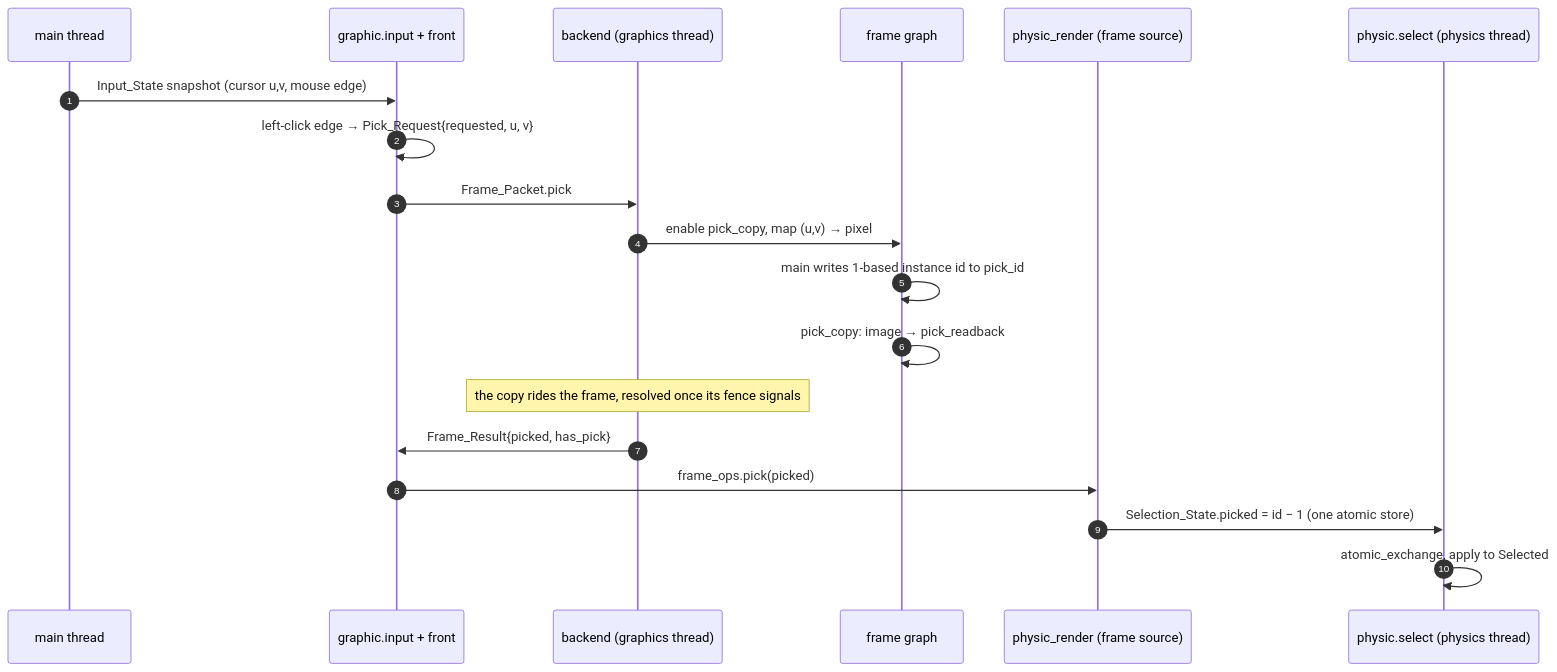
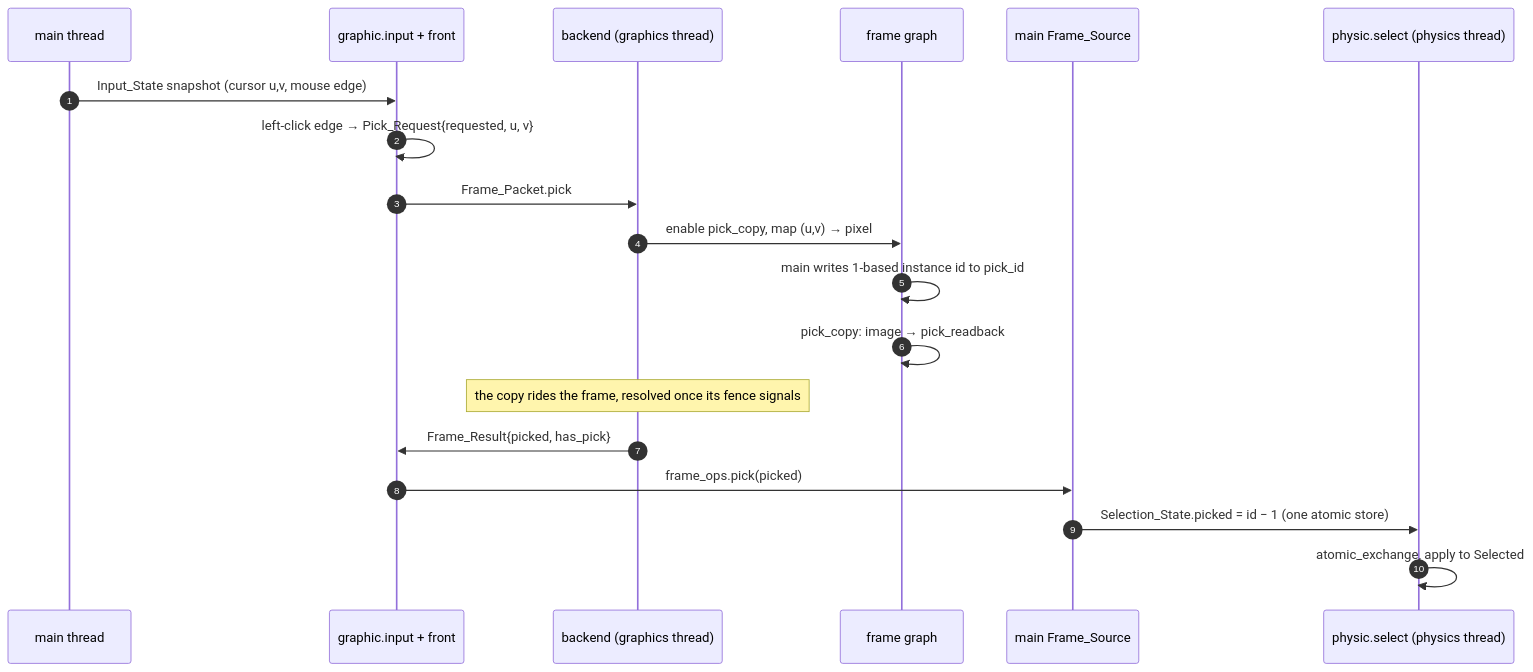
The fifth of 5 diagrams in docs/renderer.md (TanukiConDos/Gravity-Simulator), drawn with Mermaid before and after one commit. The commit also changed other lines of this file and 5 other files, not shown here.

First line of the commit message:
docs: main owns the frame-source adapter as orchestrator

````diff
--- a/docs/renderer.md
+++ b/docs/renderer.md
@@ -382,22 +382,22 @@
 ```mermaid
 sequenceDiagram
     autonumber
     participant M as main thread
     participant I as graphic.input + front
     participant B as backend (graphics thread)
     participant FG as frame graph
-    participant PR as physic_render (frame source)
+    participant PR as main Frame_Source
     participant P as physic.select (physics thread)
 
     M->>I: Input_State snapshot (cursor u,v, mouse edge)
     I->>I: left-click edge → Pick_Request{requested, u, v}
     I->>B: Frame_Packet.pick
     B->>FG: enable pick_copy, map (u,v) → pixel
     FG->>FG: main writes 1-based instance id to pick_id
     FG->>FG: pick_copy: image → pick_readback
     Note over B: the copy rides the frame, resolved once its fence signals
     B->>I: Frame_Result{picked, has_pick}
     I->>PR: frame_ops.pick(picked)
     PR->>P: Selection_State.picked = id − 1 (one atomic store)
     P->>P: atomic_exchange, apply to Selected
 ```
````
